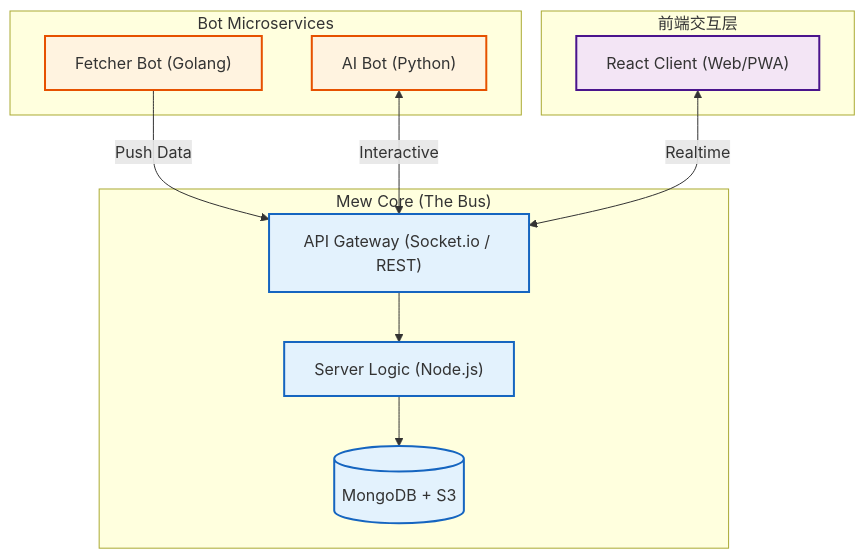
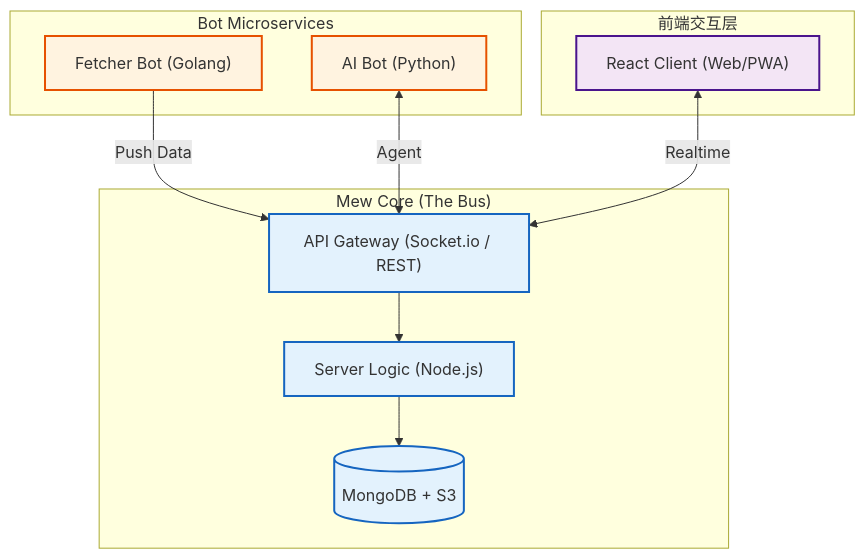
The diagram in website/docs/start/introduction.md (U1805/mew), drawn with Mermaid before and after one commit. The commit also changed 65 other files, not shown here.

`````diff
--- a/website/docs/start/introduction.md
+++ b/website/docs/start/introduction.md
@@ -48,28 +48,28 @@
 ```mermaid
 graph TD
     %% Styling
     classDef core fill:#e3f2fd,stroke:#1565c0,stroke-width:2px
     classDef ext fill:#fff3e0,stroke:#e65100,stroke-width:2px
     classDef client fill:#f3e5f5,stroke:#4a148c,stroke-width:2px
 
     subgraph Client ["前端交互层"]
         UI["React Client (Web/PWA)"]:::client
     end
 
     subgraph Platform ["Mew Core (The Bus)"]
         Gateway["API Gateway (Socket.io / REST)"]:::core
         Server["Server Logic (Node.js)"]:::core
         DB[("MongoDB + S3")]:::core
     end
 
     subgraph Services ["Bot Microservices"]
         GoBot["Fetcher Bot (Golang)"]:::ext
         PyBot["AI Bot (Python)"]:::ext
     end
 
     %% Flow
     GoBot -->|Push Data| Gateway
-    PyBot <-->|Interactive| Gateway
+    PyBot <-->|Agent| Gateway
     UI <-->|Realtime| Gateway
     Gateway --> Server --> DB
 ````
`````
